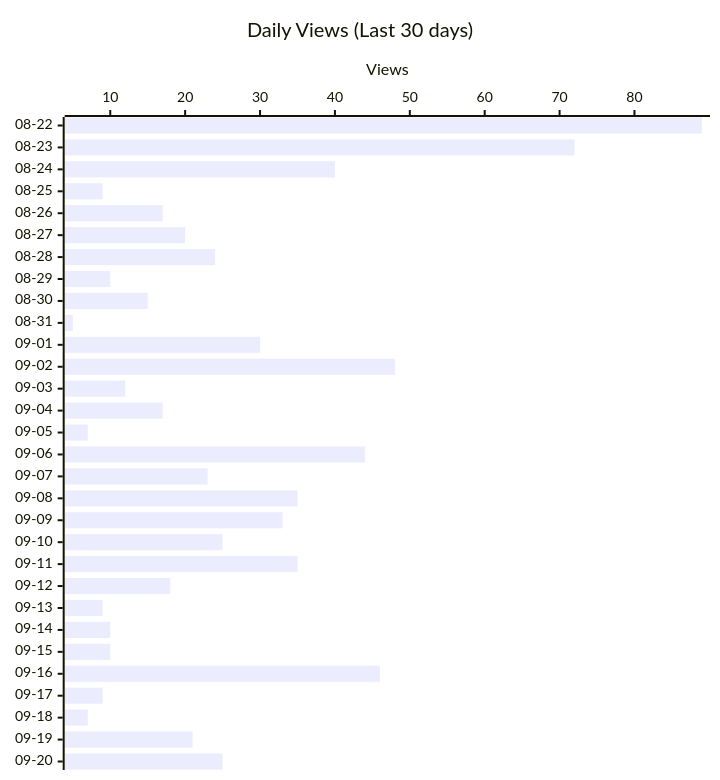
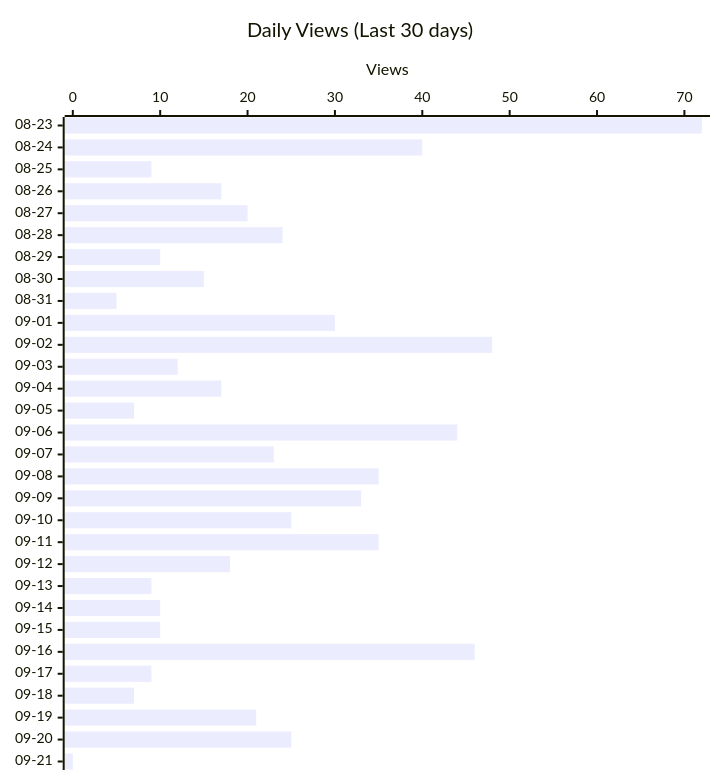
One commit to shigechika/github-insights changed the second of 4 diagrams in README.md. Above: the diagram before and after it, drawn with Mermaid. The commit also changed other lines of this file and 2 other files, not shown here.

````diff
--- a/README.md
+++ b/README.md
@@ -28,12 +28,12 @@
 ```mermaid
 ---
 config:
   xyChart:
     height: 760
 ---
 xychart-beta horizontal
     title "Daily Views (Last 30 days)"
-    x-axis ["08-22", "08-23", "08-24", "08-25", "08-26", "08-27", "08-28", "08-29", "08-30", "08-31", "09-01", "09-02", "09-03", "09-04", "09-05", "09-06", "09-07", "09-08", "09-09", "09-10", "09-11", "09-12", "09-13", "09-14", "09-15", "09-16", "09-17", "09-18", "09-19", "09-20"]
+    x-axis ["08-23", "08-24", "08-25", "08-26", "08-27", "08-28", "08-29", "08-30", "08-31", "09-01", "09-02", "09-03", "09-04", "09-05", "09-06", "09-07", "09-08", "09-09", "09-10", "09-11", "09-12", "09-13", "09-14", "09-15", "09-16", "09-17", "09-18", "09-19", "09-20", "09-21"]
     y-axis "Views"
-    bar [89, 72, 40, 9, 17, 20, 24, 10, 15, 5, 30, 48, 12, 17, 7, 44, 23, 35, 33, 25, 35, 18, 9, 10, 10, 46, 9, 7, 21, 25]
+    bar [72, 40, 9, 17, 20, 24, 10, 15, 5, 30, 48, 12, 17, 7, 44, 23, 35, 33, 25, 35, 18, 9, 10, 10, 46, 9, 7, 21, 25, 0]
 ```
````
